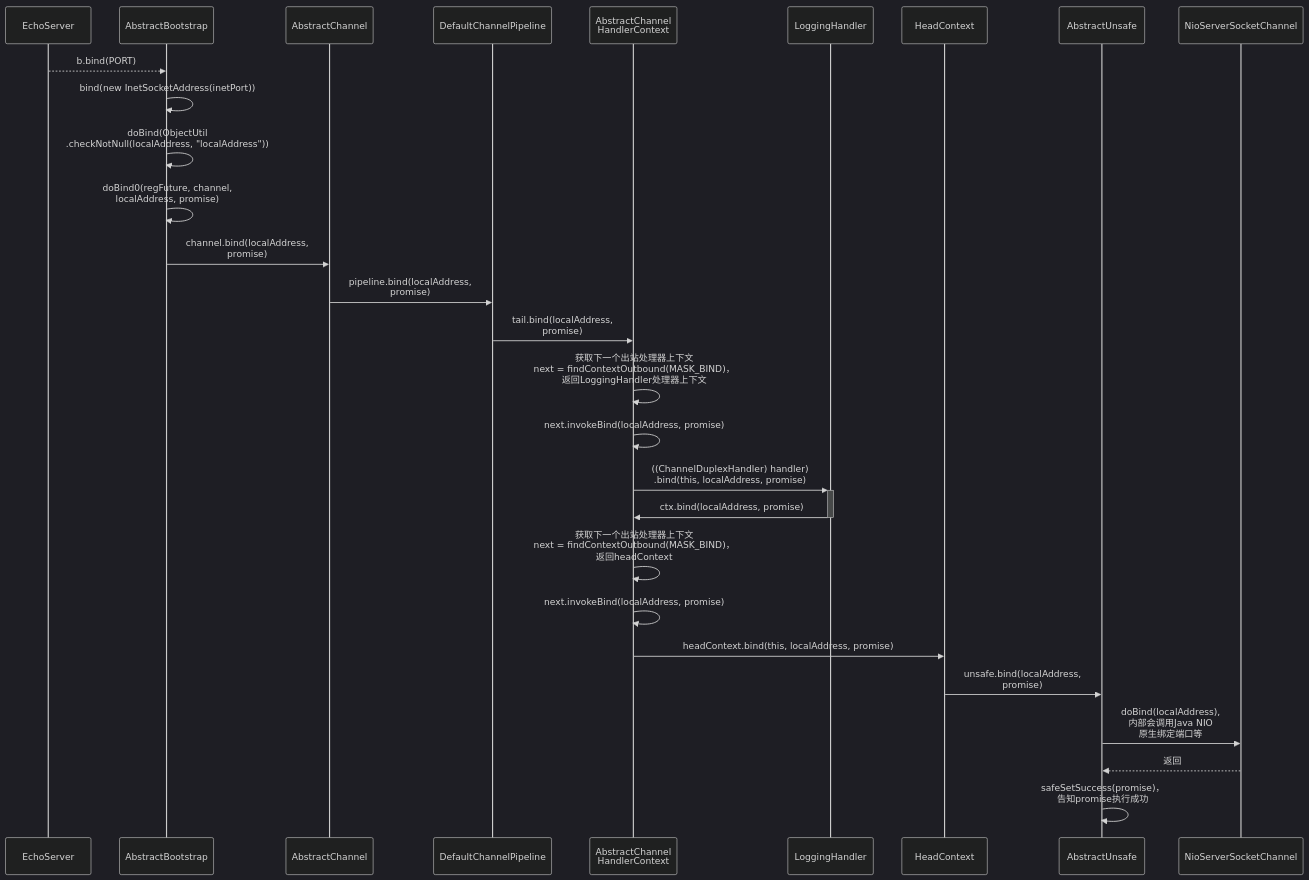
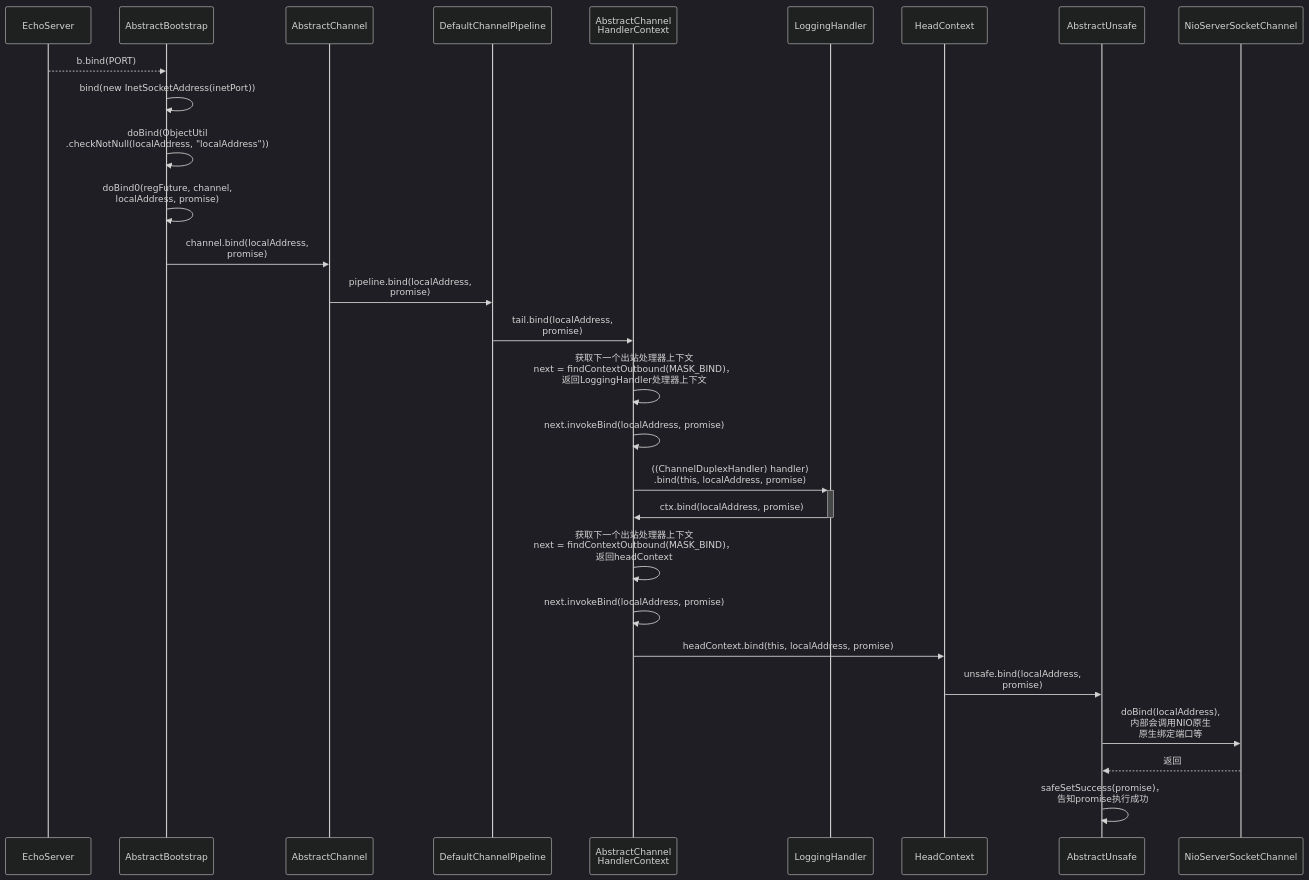
Before and after one commit to hhchun/netty-note: the third of 7 diagrams in 九、Netty核心源码剖析.md, drawn with Mermaid (dark theme). The commit also changed other lines of this file, not shown here.

````diff
--- a/九、Netty核心源码剖析.md
+++ b/九、Netty核心源码剖析.md
@@ -215,32 +276,32 @@
 ```mermaid
 sequenceDiagram
     participant ES AS EchoServer
     %%participant B AS ServerBootstrap
     participant AB AS AbstractBootstrap
     participant AC AS AbstractChannel
     participant DCP AS DefaultChannelPipeline
     participant ACHC AS AbstractChannel<br/>HandlerContext
     participant LH AS LoggingHandler
     participant HC AS HeadContext
     participant AU AS AbstractUnsafe
     participant NSSC AS NioServerSocketChannel
     
     ES-->>AB: b.bind(PORT)
     AB->>AB: bind(new InetSocketAddress(inetPort))
     AB->>AB: doBind(ObjectUtil<br/>.checkNotNull(localAddress, "localAddress"))
     AB->>AB: doBind0(regFuture, channel, <br/>localAddress, promise)
     AB->>AC: channel.bind(localAddress, <br/>promise)
     AC->>DCP: pipeline.bind(localAddress, <br/>promise)
     DCP->>ACHC: tail.bind(localAddress, <br/>promise)
     ACHC->>ACHC: 获取下一个出站处理器上下文<br/>next = findContextOutbound(MASK_BIND)，<br/>返回LoggingHandler处理器上下文
     ACHC->>ACHC: next.invokeBind(localAddress, promise)
     ACHC->>+LH: ((ChannelDuplexHandler) handler)<br/>.bind(this, localAddress, promise)
     LH->>-ACHC: ctx.bind(localAddress, promise)
     ACHC->>ACHC: 获取下一个出站处理器上下文<br/>next = findContextOutbound(MASK_BIND)，<br/>返回headContext
     ACHC->>ACHC: next.invokeBind(localAddress, promise)
     ACHC->>HC: headContext.bind(this, localAddress, promise)
     HC->>AU: unsafe.bind(localAddress, <br/>promise)
-    AU->>NSSC: doBind(localAddress), <br/>内部会调用Java NIO<br/>原生绑定端口等
+    AU->>NSSC: doBind(localAddress), <br/>内部会调用NIO原生<br/>原生绑定端口等
     NSSC-->>AU: 返回
     AU->>AU: safeSetSuccess(promise)，<br/>告知promise执行成功
 ```
````
